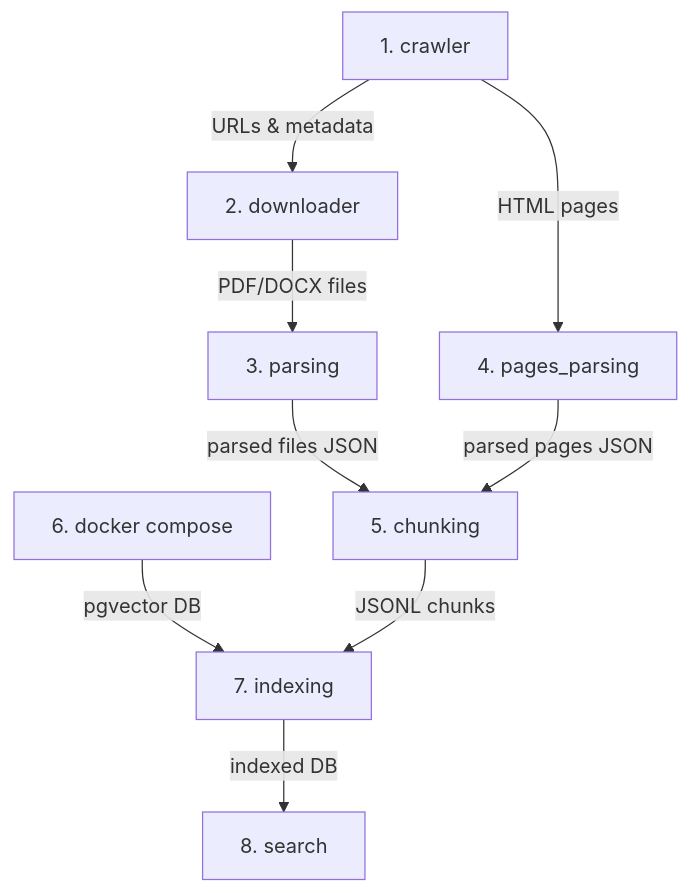
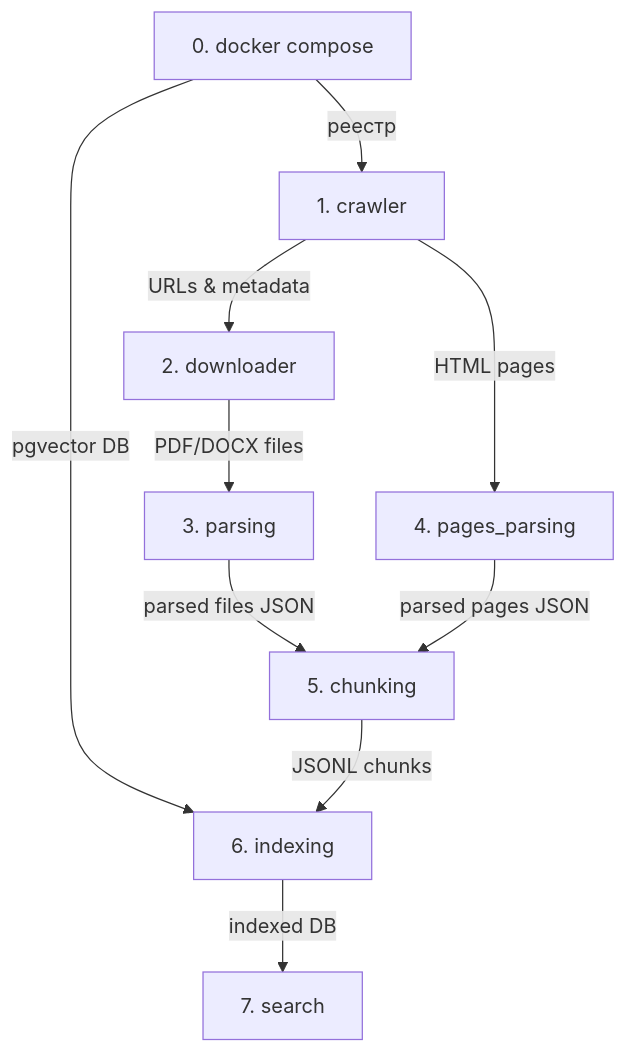
The diagram in docs/README.ru.md (natankatsif/Spott), drawn with Mermaid before and after one commit. The commit also changed other lines of this file and 38 other files, not shown here.

````diff
--- a/docs/README.ru.md
+++ b/docs/README.ru.md
@@ -53,11 +53,12 @@
 ```mermaid
 graph TD
-    A[1. crawler] -->|URLs & metadata| B[2. downloader]
+    F[0. docker compose] -->|реестр| A[1. crawler]
+    A -->|URLs & metadata| B[2. downloader]
     A -->|HTML pages| D[4. pages_parsing]
     B -->|PDF/DOCX files| C[3. parsing]
     C -->|parsed files JSON| E[5. chunking]
     D -->|parsed pages JSON| E
-    F[6. docker compose] -->|pgvector DB| G[7. indexing]
+    F -->|pgvector DB| G[6. indexing]
     E -->|JSONL chunks| G
-    G -->|indexed DB| H[8. search]
+    G -->|indexed DB| H[7. search]
 ```
````
